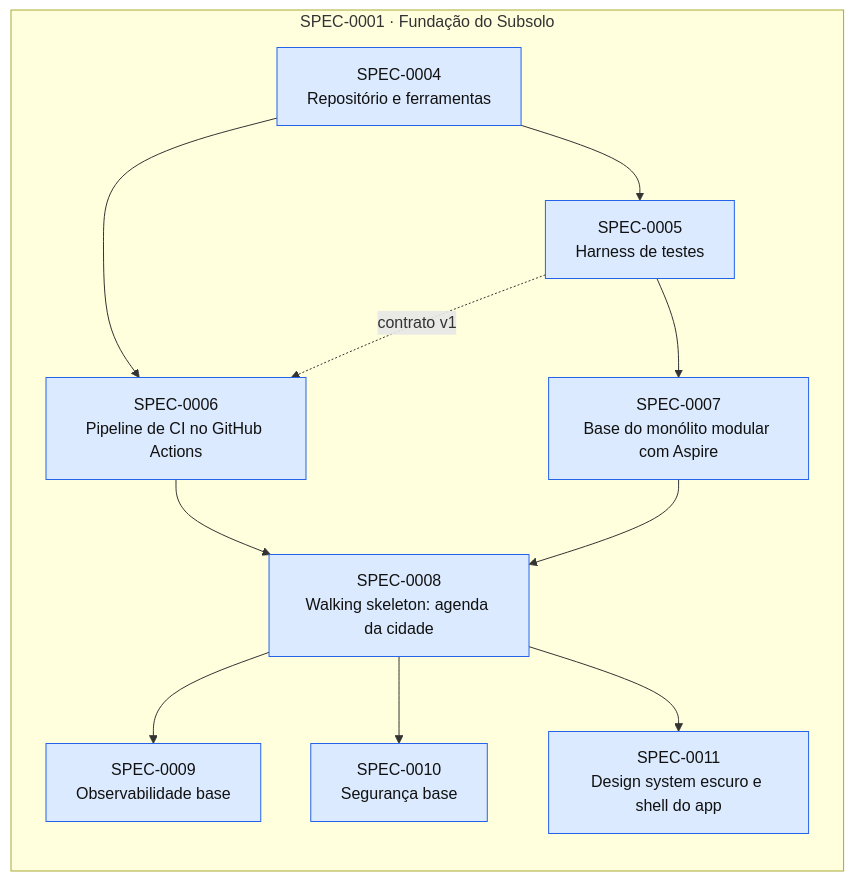
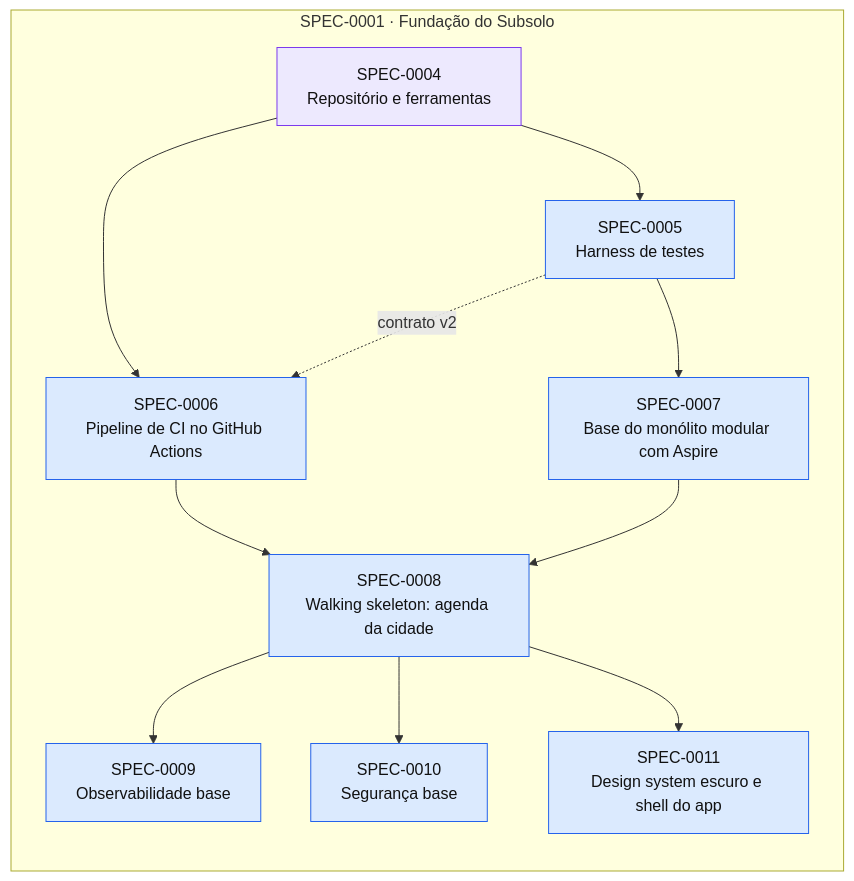
One commit to thomasravache/subsolo changed the diagram in docs/specs/INDEX.md. Above: the diagram before and after it, drawn with Mermaid. The commit also changed other lines of this file and 6 other files, not shown here.

````diff
--- a/docs/specs/INDEX.md
+++ b/docs/specs/INDEX.md
@@ -68,27 +68,27 @@
 ```mermaid
 flowchart LR
   subgraph E0001["SPEC-0001 · Fundação do Subsolo"]
-    S0004["SPEC-0004<br/>Repositório e ferramentas"]:::approved
+    S0004["SPEC-0004<br/>Repositório e ferramentas"]:::inprogress
     S0005["SPEC-0005<br/>Harness de testes"]:::approved
     S0006["SPEC-0006<br/>Pipeline de CI no GitHub Actions"]:::approved
     S0007["SPEC-0007<br/>Base do monólito modular com Aspire"]:::approved
     S0008["SPEC-0008<br/>Walking skeleton: agenda da cidade"]:::approved
     S0009["SPEC-0009<br/>Observabilidade base"]:::approved
     S0010["SPEC-0010<br/>Segurança base"]:::approved
     S0011["SPEC-0011<br/>Design system escuro e shell do app"]:::approved
   end
   S0004 --> S0005
   S0004 --> S0006
-  S0005 -. contrato v1 .-> S0006
+  S0005 -. contrato v2 .-> S0006
   S0005 --> S0007
   S0006 --> S0008
   S0007 --> S0008
   S0008 --> S0009
   S0008 --> S0010
   S0008 --> S0011
   classDef proposed fill:#fef3c7,stroke:#d97706,color:#111
   classDef approved fill:#dbeafe,stroke:#2563eb,color:#111
   classDef inprogress fill:#ede9fe,stroke:#7c3aed,color:#111
   classDef implemented fill:#dcfce7,stroke:#16a34a,color:#111
   classDef deprecated fill:#f3f4f6,stroke:#9ca3af,color:#6b7280
 ```
````
